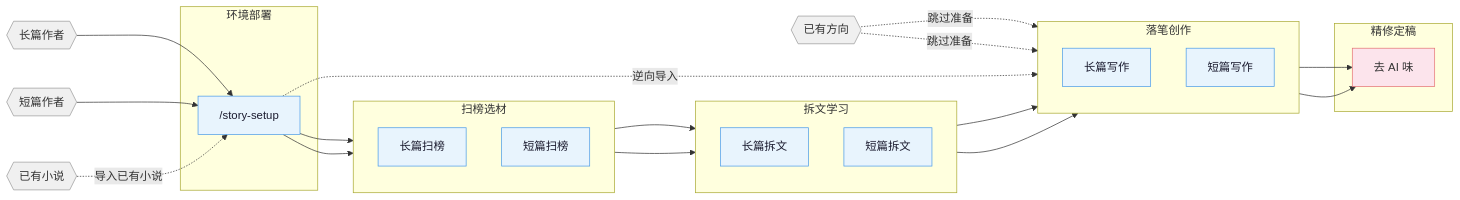
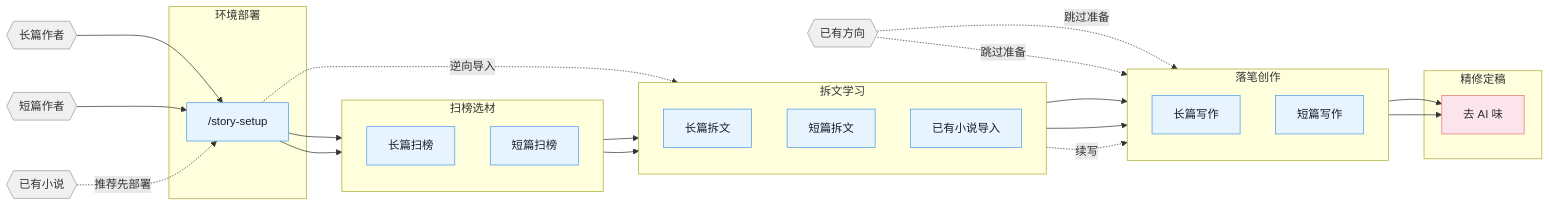
One commit to worldwonderer/oh-story-claudecode changed the diagram in README.md. Above: the diagram before and after it, drawn with Mermaid. The commit also changed other lines of this file and 8 other files, not shown here.

````diff
--- a/README.md
+++ b/README.md
@@ -29,52 +29,54 @@
 ```mermaid
 flowchart LR
     classDef entry fill:#f0f0f0,color:#333,stroke:#999,stroke-width:1px
     classDef phase fill:#e8f4fd,color:#1a1a2e,stroke:#4a9be8,stroke-width:1px
     classDef final fill:#fce4ec,color:#333,stroke:#e57373,stroke-width:1px
 
     entry_l{{"长篇作者"}}:::entry
     entry_s{{"短篇作者"}}:::entry
     entry_r{{"已有方向"}}:::entry
     entry_i{{"已有小说"}}:::entry
 
     subgraph S0 ["  环境部署"]
         setup["/story-setup"]:::phase
     end
 
     subgraph S1 ["  扫榜选材"]
         direction TB
         scan_l["长篇扫榜"]:::phase
         scan_s["短篇扫榜"]:::phase
     end
 
     subgraph S2 ["  拆文学习"]
         direction TB
         analyze_l["长篇拆文"]:::phase
         analyze_s["短篇拆文"]:::phase
+        import_l["已有小说导入"]:::phase
     end
 
     subgraph S3 ["  落笔创作"]
         direction TB
         write_l["长篇写作"]:::phase
         write_s["短篇写作"]:::phase
     end
 
     subgraph S4 ["  精修定稿"]
         deslop["去 AI 味"]:::final
     end
 
     entry_l --> setup
     entry_s --> setup
     setup --> scan_l
     setup --> scan_s
     scan_l --> analyze_l
     scan_s --> analyze_s
     analyze_l --> write_l
     analyze_s --> write_s
     entry_r -.->|跳过准备| write_l
     entry_r -.->|跳过准备| write_s
-    entry_i -.->|导入已有小说| setup
-    setup -.->|逆向导入| write_l
+    entry_i -.->|推荐先部署| setup
+    setup -.->|逆向导入| import_l
+    import_l -.->|续写| write_l
     write_l --> deslop
     write_s --> deslop
 ```
````
